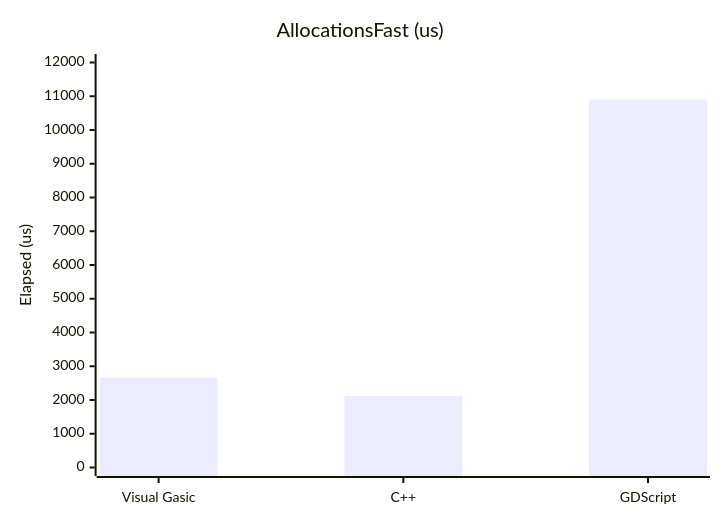
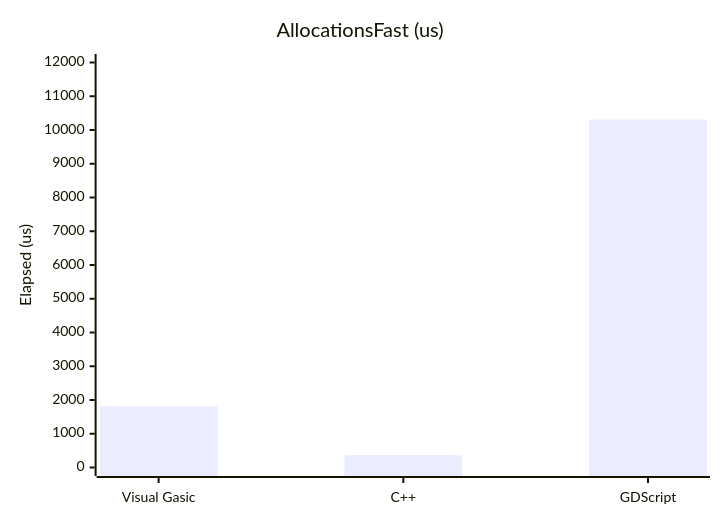
Before and after one commit to xgreenrx-star/VisualGasic: the ninth of 11 diagrams in docs/manual/performance.md, drawn with Mermaid. The commit also changed other lines of this file and 3 other files, not shown here.

````diff
--- a/docs/manual/performance.md
+++ b/docs/manual/performance.md
@@ -145,7 +153,7 @@
 ```mermaid
 xychart-beta
     title "AllocationsFast (us)"
     x-axis ["Visual Gasic","C++","GDScript"]
     y-axis "Elapsed (us)" 0 --> 12000
-    bar [2665,2120,10903]
+    bar [1817,366,10309]
 ```
````
